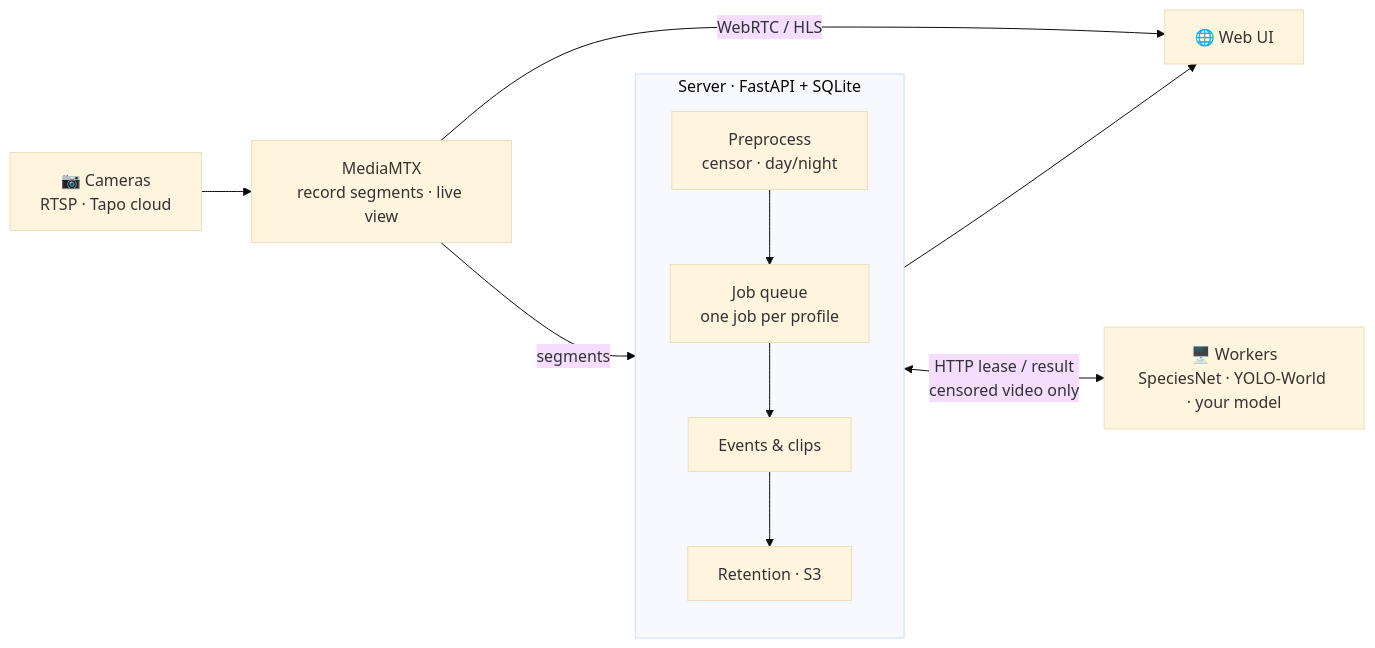
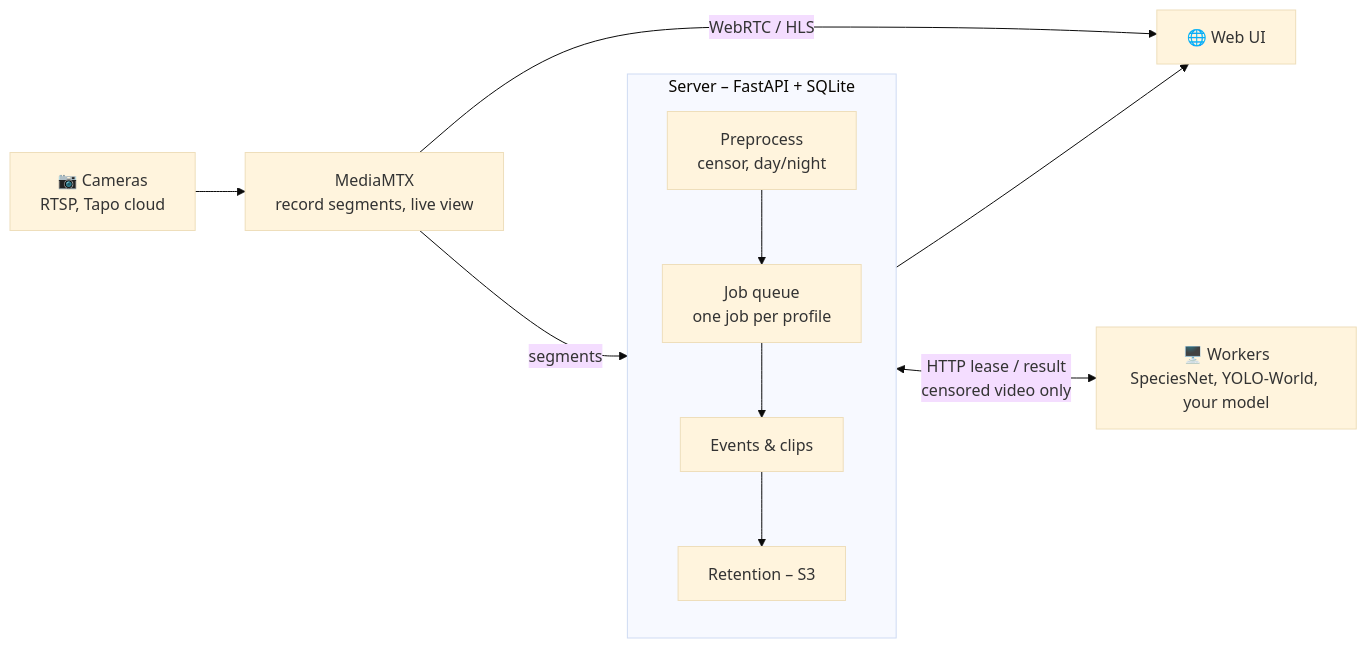
The diagram in README.md (nikteg/foxcam), drawn with Mermaid (base theme) before and after one commit. The commit also changed other lines of this file and 2 other files, not shown here.

Commit message:
Replace the remaining middle dot separators

````diff
--- a/README.md
+++ b/README.md
@@ -84,13 +84,13 @@
 ```mermaid
 flowchart LR
-  cams["📷 Cameras<br/>RTSP · Tapo cloud"] --> mtx["MediaMTX<br/>record segments · live view"]
+  cams["📷 Cameras<br/>RTSP, Tapo cloud"] --> mtx["MediaMTX<br/>record segments, live view"]
   mtx -->|segments| pre
-  subgraph server ["Server · FastAPI + SQLite"]
+  subgraph server ["Server – FastAPI + SQLite"]
     direction TB
-    pre["Preprocess<br/>censor · day/night"] --> q["Job queue<br/>one job per profile"]
-    q --> ev["Events & clips"] --> ret["Retention · S3"]
+    pre["Preprocess<br/>censor, day/night"] --> q["Job queue<br/>one job per profile"]
+    q --> ev["Events & clips"] --> ret["Retention – S3"]
   end
-  q <-->|"HTTP lease / result<br/>censored video only"| workers["🖥️ Workers<br/>SpeciesNet · YOLO-World · your model"]
+  q <-->|"HTTP lease / result<br/>censored video only"| workers["🖥️ Workers<br/>SpeciesNet, YOLO-World, your model"]
   server --> ui["🌐 Web UI"]
   mtx -->|WebRTC / HLS| ui
 ```
````
